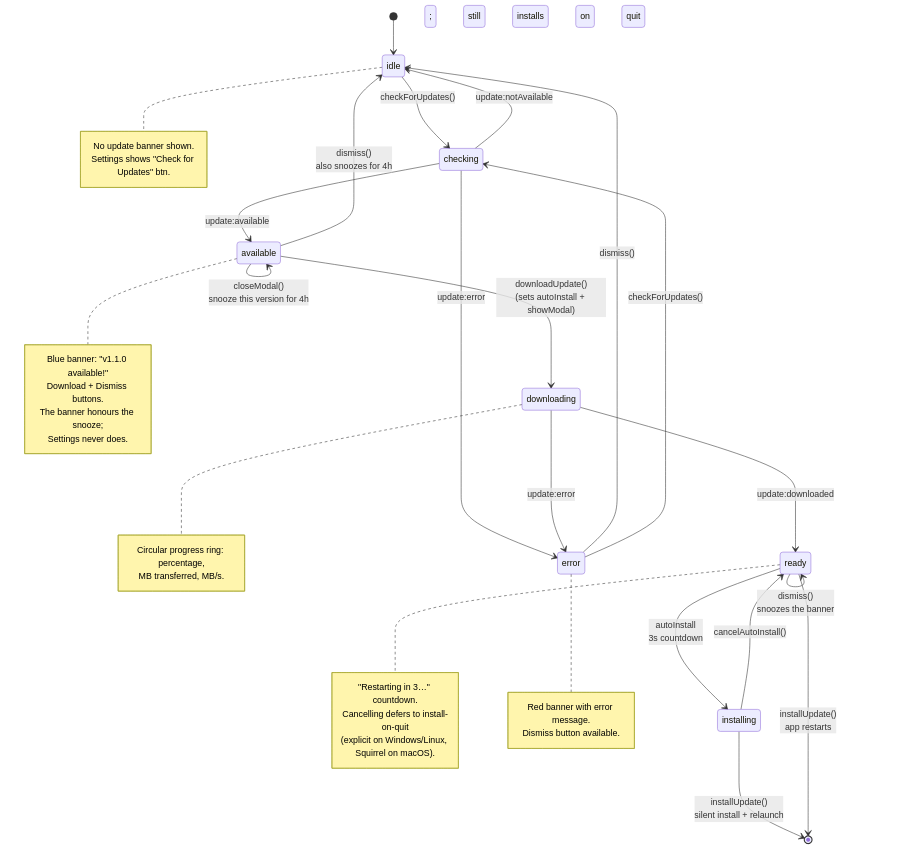
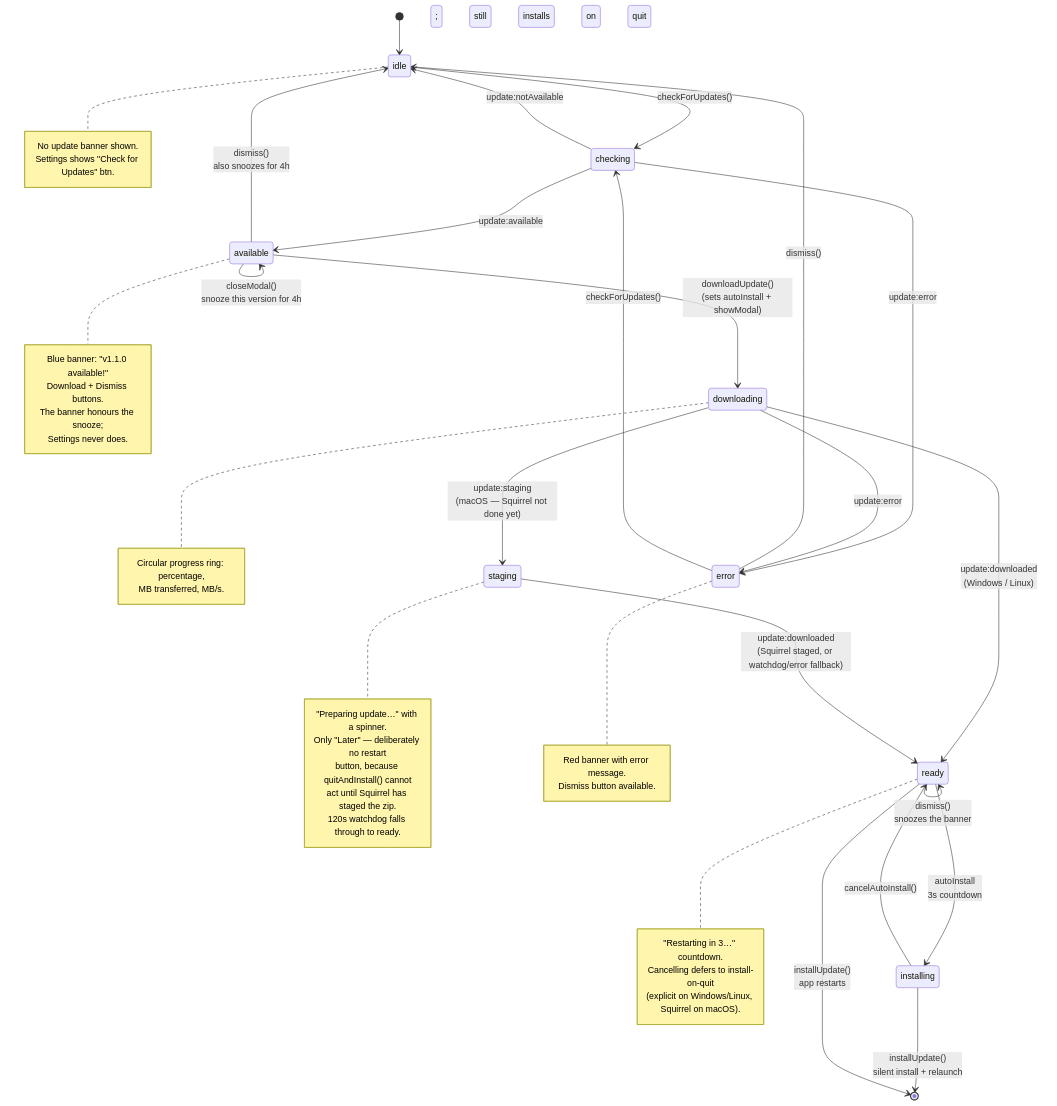
Before and after one commit to unosquare-eduardotorres/CodeAtelier: the second of 4 diagrams in docs/auto-update-flow.md, drawn with Mermaid. The commit also changed other lines of this file and 139 other files, not shown here.

````diff
--- a/docs/auto-update-flow.md
+++ b/docs/auto-update-flow.md
@@ -115,55 +124,66 @@
 ```mermaid
 stateDiagram-v2
     [*] --> idle
 
     idle --> checking : checkForUpdates()
 
     checking --> available : update:available
     checking --> idle : update:notAvailable
     checking --> error : update:error
 
     available --> downloading : downloadUpdate()<br/>(sets autoInstall + showModal)
     available --> available : closeModal()<br/>snooze this version for 4h
     available --> idle : dismiss()<br/>also snoozes for 4h
 
-    downloading --> ready : update:downloaded
+    downloading --> ready : update:downloaded<br/>(Windows / Linux)
+    downloading --> staging : update:staging<br/>(macOS — Squirrel not done yet)
     downloading --> error : update:error
+
+    staging --> ready : update:downloaded<br/>(Squirrel staged, or watchdog/error fallback)
 
     ready --> installing : autoInstall<br/>3s countdown
     installing --> [*] : installUpdate()<br/>silent install + relaunch
     installing --> ready : cancelAutoInstall()
 
     ready --> ready : dismiss()<br/>snoozes the banner; still installs on quit
     ready --> [*] : installUpdate()<br/>app restarts
 
     error --> idle : dismiss()
     error --> checking : checkForUpdates()
 
     note right of idle
         No update banner shown.
         Settings shows "Check for Updates" btn.
     end note
 
     note right of available
         Blue banner: "v1.1.0 available!"
         Download + Dismiss buttons.
         The banner honours the snooze;
         Settings never does.
     end note
 
     note right of downloading
         Circular progress ring: percentage,
         MB transferred, MB/s.
     end note
 
+    note right of staging
+        "Preparing update…" with a spinner.
+        Only "Later" — deliberately no restart
+        button, because quitAndInstall() cannot
+        act until Squirrel has staged the zip.
+        120s watchdog falls through to ready.
+    end note
+
     note right of ready
         "Restarting in 3…" countdown.
         Cancelling defers to install-on-quit
         (explicit on Windows/Linux, Squirrel on macOS).
     end note
 
     note right of error
         Red banner with error message.
         Dismiss button available.
     end note
 ```
````
